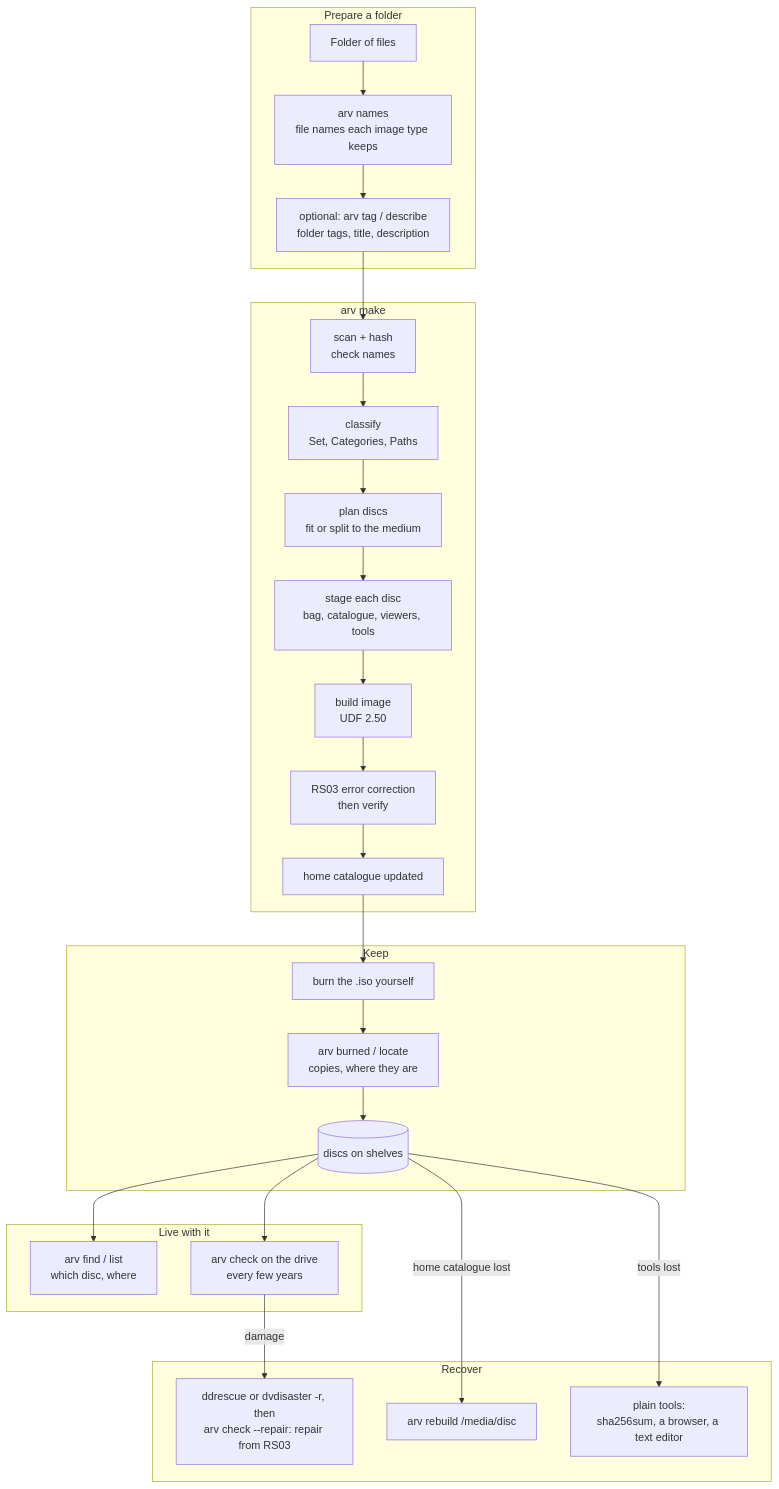
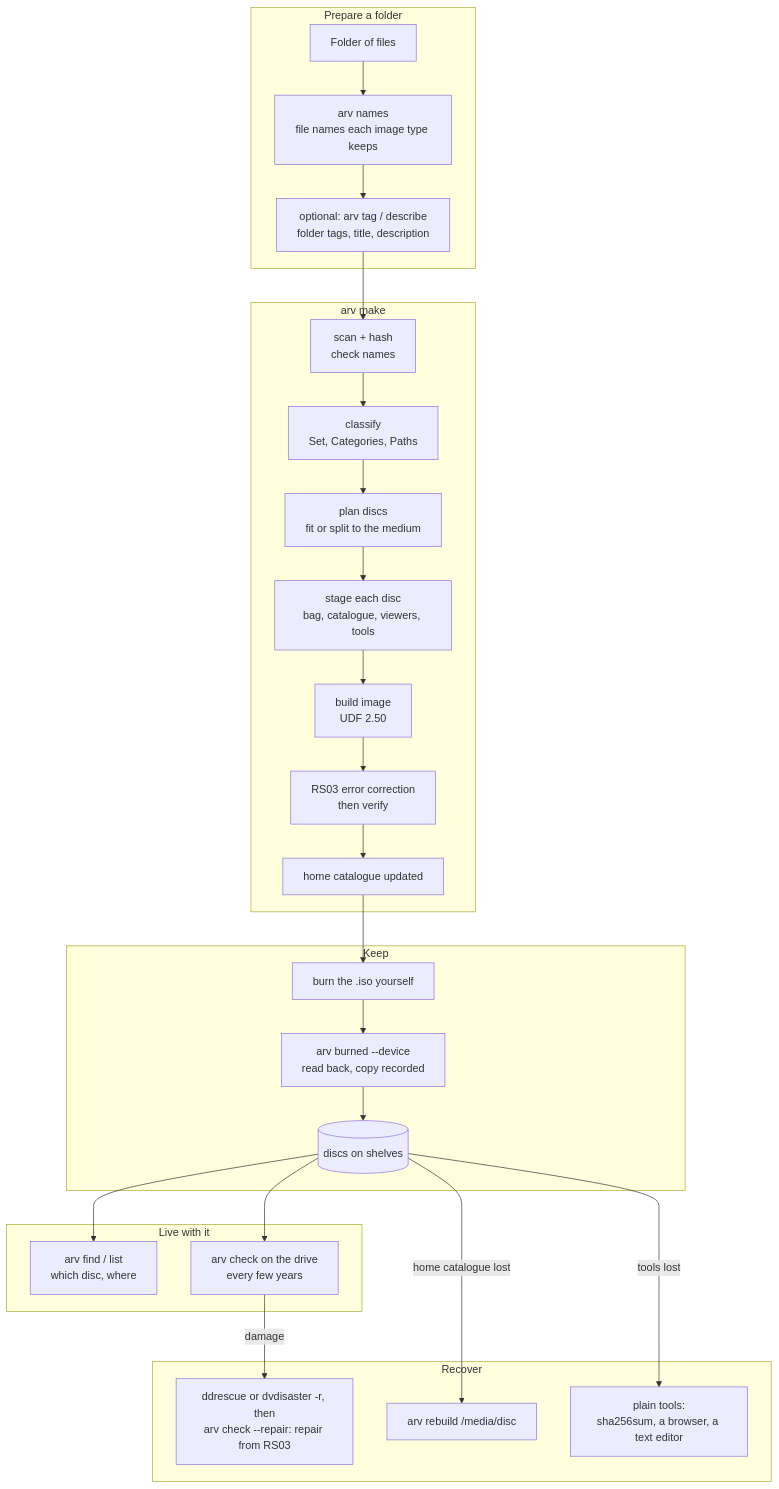
One commit to mofosyne/arv changed the diagram in docs/workflow.md. Above: the diagram before and after it, drawn with Mermaid. The commit also changed other lines of this file and 58 other files, not shown here.

First line of the commit message:
arv burned --device, safe editions, arv retire and arv todo

````diff
--- a/docs/workflow.md
+++ b/docs/workflow.md
@@ -14,30 +14,30 @@
 ```mermaid
 flowchart TD
     subgraph prepare [Prepare a folder]
         A[Folder of files] --> N[arv names<br/>file names each image type keeps]
         N --> T[optional: arv tag / describe<br/>folder tags, title, description]
     end
     subgraph make [arv make]
         T --> M1[scan + hash<br/>check names]
         M1 --> M2[classify<br/>Set, Categories, Paths]
         M2 --> M3[plan discs<br/>fit or split to the medium]
         M3 --> M4[stage each disc<br/>bag, catalogue, viewers, tools]
         M4 --> M5[build image<br/>UDF 2.50]
         M5 --> M6[RS03 error correction<br/>then verify]
         M6 --> M7[home catalogue updated]
     end
     subgraph keep [Keep]
         M7 --> B[burn the .iso yourself]
-        B --> R[arv burned / locate<br/>copies, where they are]
+        B --> R[arv burned --device<br/>read back, copy recorded]
         R --> S[(discs on shelves)]
     end
     subgraph live [Live with it]
         S --> F[arv find / list<br/>which disc, where]
         S --> C[arv check on the drive<br/>every few years]
     end
     subgraph recover [Recover]
         C -- damage --> D[ddrescue or dvdisaster -r, then<br/>arv check --repair: repair from RS03]
         S -- home catalogue lost --> RB[arv rebuild /media/disc]
         S -- tools lost --> P[plain tools:<br/>sha256sum, a browser, a text editor]
     end
 ```
````
